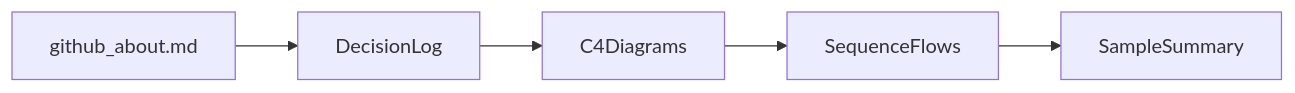
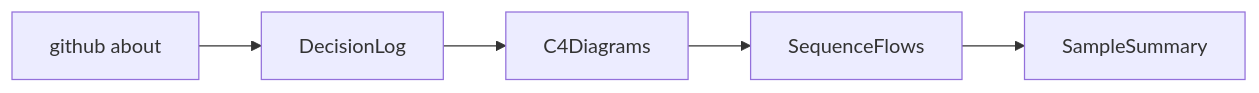
One commit to NPS-Dive/lumen-relay-quality-harness changed the diagram in docs/README.md. Above: the diagram before and after it, drawn with Mermaid. The commit also changed 12 other files, not shown here.

First line of the commit message:
fix: render architecture diagrams on GitHub

````diff
--- a/docs/README.md
+++ b/docs/README.md
@@ -18,7 +18,7 @@
 ```mermaid
-flowchart LR
-  about[github_about.md] --> adr[DecisionLog]
+graph LR
+  about["github about"] --> adr[DecisionLog]
   adr --> c4[C4Diagrams]
   c4 --> flows[SequenceFlows]
   flows --> sample[SampleSummary]
 ```
````
